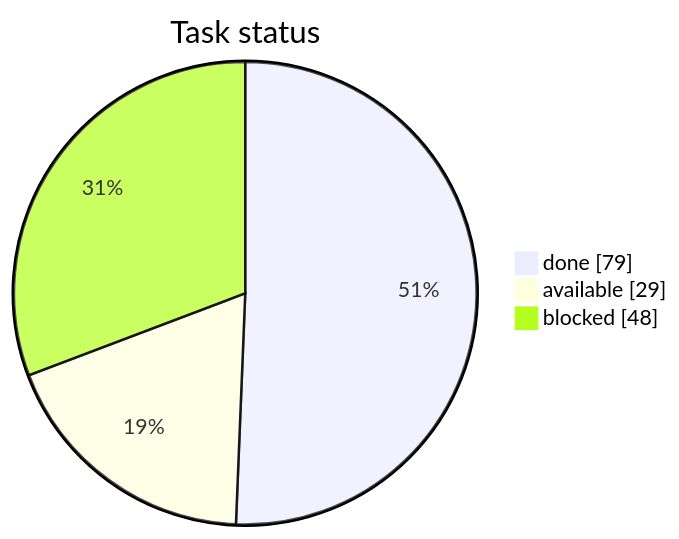
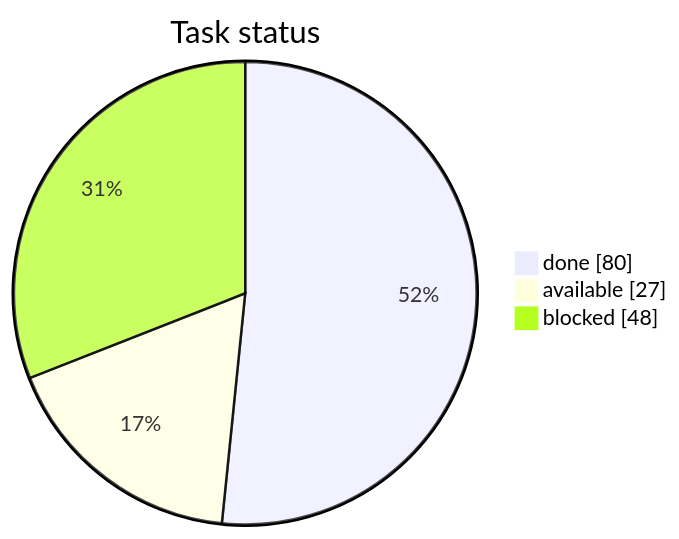
The first of 3 diagrams in STATUS.md (artemiiShabanov/RallyRivals), drawn with Mermaid before and after one commit. The commit also changed other lines of this file and 9 other files, not shown here.

````diff
--- a/STATUS.md
+++ b/STATUS.md
@@ -7,7 +7,7 @@
 ```mermaid
 pie showData
     title Task status
-    "done" : 79
-    "available" : 29
+    "done" : 80
+    "available" : 27
     "blocked" : 48
 ```
````
